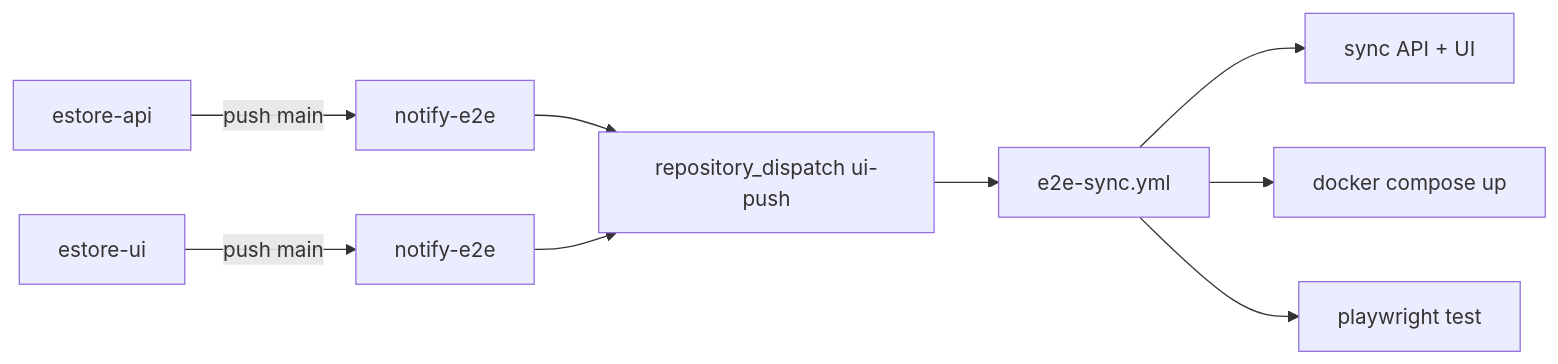
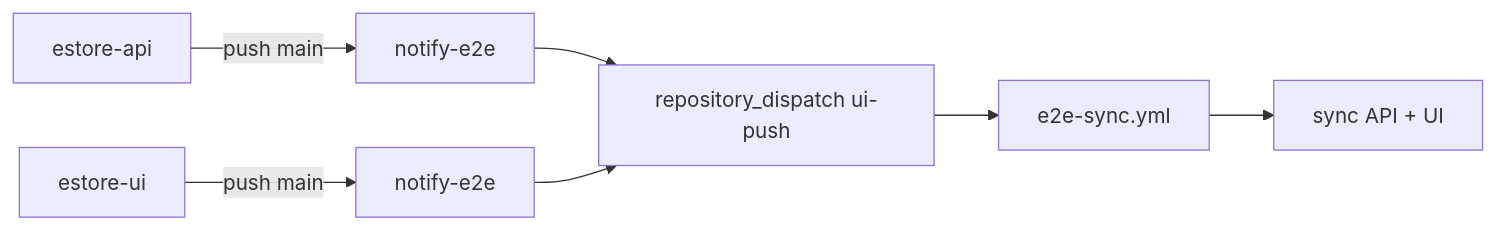
Before and after one commit to zaitouni2005/techstrorefullstack: the diagram in README.md, drawn with Mermaid. The commit also changed other lines of this file, not shown here.

Commit message:
docs: remove Playwright references from README

````diff
--- a/README.md
+++ b/README.md
@@ -7,11 +7,9 @@
 ```mermaid
 graph LR
     API[estore-api] -- push main --> N1[notify-e2e]
     UI[estore-ui] -- push main --> N2[notify-e2e]
     N1 --> D[repository_dispatch api-push]
     N2 --> D[repository_dispatch ui-push]
     D --> W[e2e-sync.yml]
     W --> S[sync API + UI]
-    W --> DC[docker compose up]
-    W --> PW[playwright test]
 ```
````
